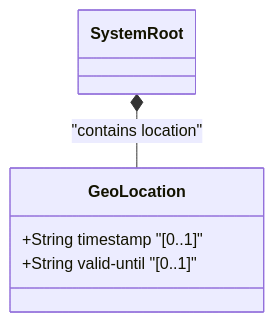
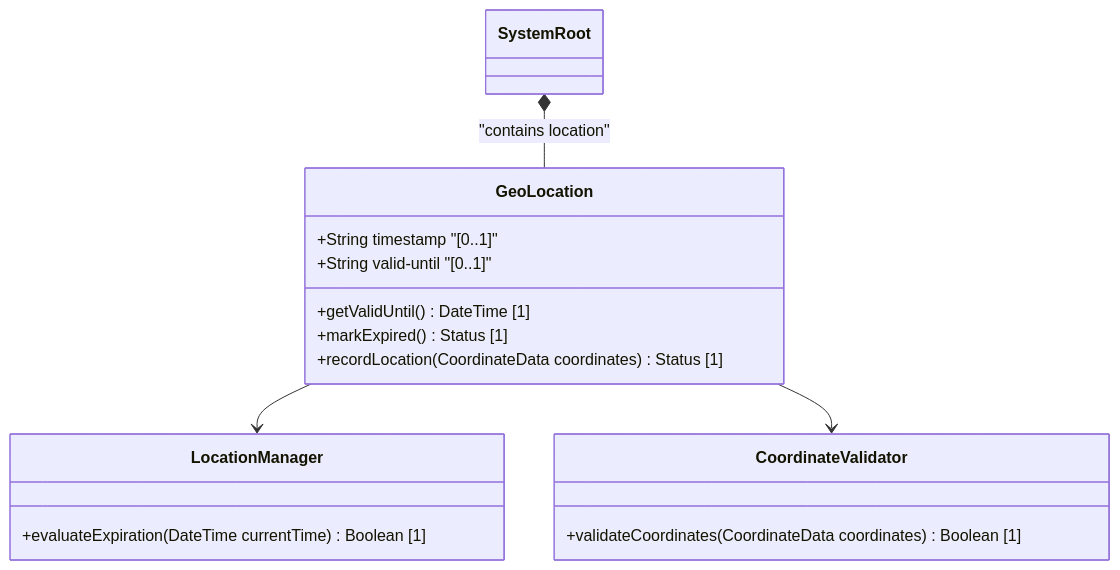
Before and after one commit to gintatkinson/3dgs-032: the diagram in docs/features/feat-01-geo-location.md, drawn with Mermaid. The commit also changed 13 other files, not shown here.

Commit message:
feat: Phase 2 Behavioral Extraction for RFC 9179 (User Stories & UML Fixes)

````diff
--- a/docs/features/feat-01-geo-location.md
+++ b/docs/features/feat-01-geo-location.md
@@ -22,10 +22,21 @@
 ```mermaid
 classDiagram
     class SystemRoot {
     }
-        class GeoLocation {
+    class GeoLocation {
         +String timestamp "[0..1]"
         +String valid-until "[0..1]"
+        +getValidUntil() DateTime [1]
+        +markExpired() Status [1]
+        +recordLocation(CoordinateData coordinates) Status [1]
+    }
+    class LocationManager {
+        +evaluateExpiration(DateTime currentTime) Boolean [1]
+    }
+    class CoordinateValidator {
+        +validateCoordinates(CoordinateData coordinates) Boolean [1]
     }
     SystemRoot *-- GeoLocation : "contains location"
+    GeoLocation --> LocationManager
+    GeoLocation --> CoordinateValidator
 ```
````
